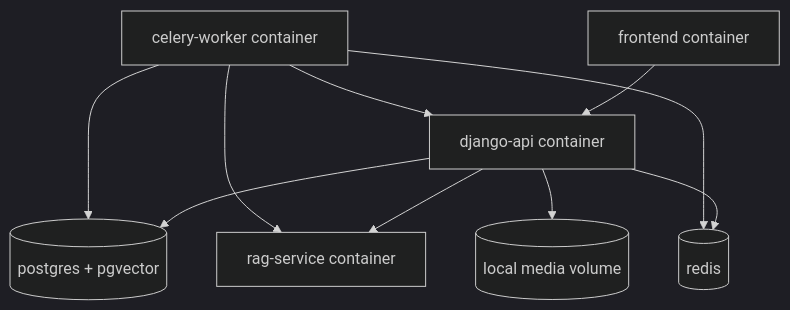
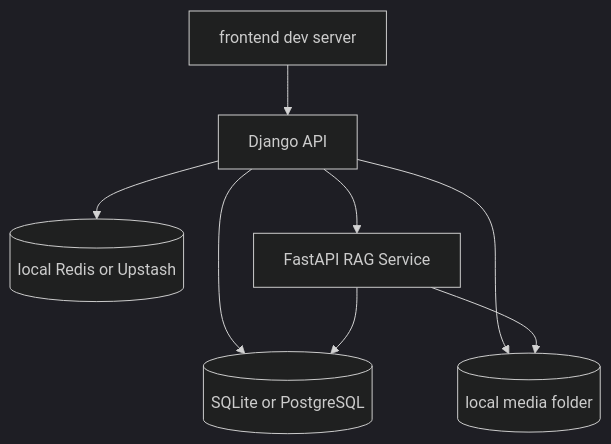
The fifth of 7 diagrams in docs/ARCHITECTURE.md (Anos714/Assignment), drawn with Mermaid (dark theme) before and after one commit. The commit also changed other lines of this file and 3 other files, not shown here.

Commit message:
feat: enhance DocuMind AI documentation and architecture to reflect updated deployment stack and ingestion process

````diff
--- a/docs/ARCHITECTURE.md
+++ b/docs/ARCHITECTURE.md
@@ -234,12 +295,10 @@
 ```mermaid
 flowchart TB
-    FE[frontend container] --> API[django-api container]
-    API --> PG[(postgres + pgvector)]
-    API --> REDIS[(redis)]
-    API --> RAG[rag-service container]
-    API --> MEDIA[(local media volume)]
-    WORKER[celery-worker container] --> API
-    WORKER --> RAG
-    WORKER --> PG
-    WORKER --> REDIS
+    FE[frontend dev server] --> API[Django API]
+    API --> DB[(SQLite or PostgreSQL)]
+    API --> REDIS[(local Redis or Upstash)]
+    API --> RAG[FastAPI RAG Service]
+    API --> MEDIA[(local media folder)]
+    RAG --> MEDIA
+    RAG --> DB
 ```
````
